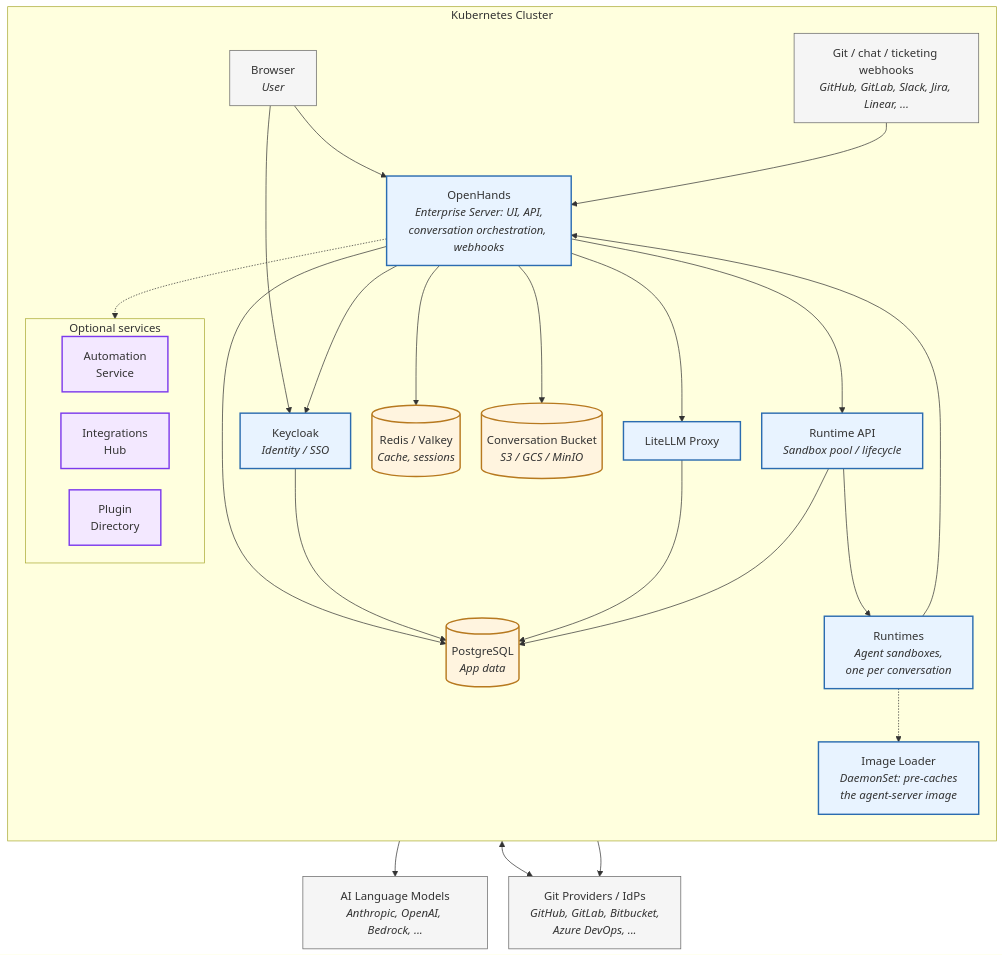
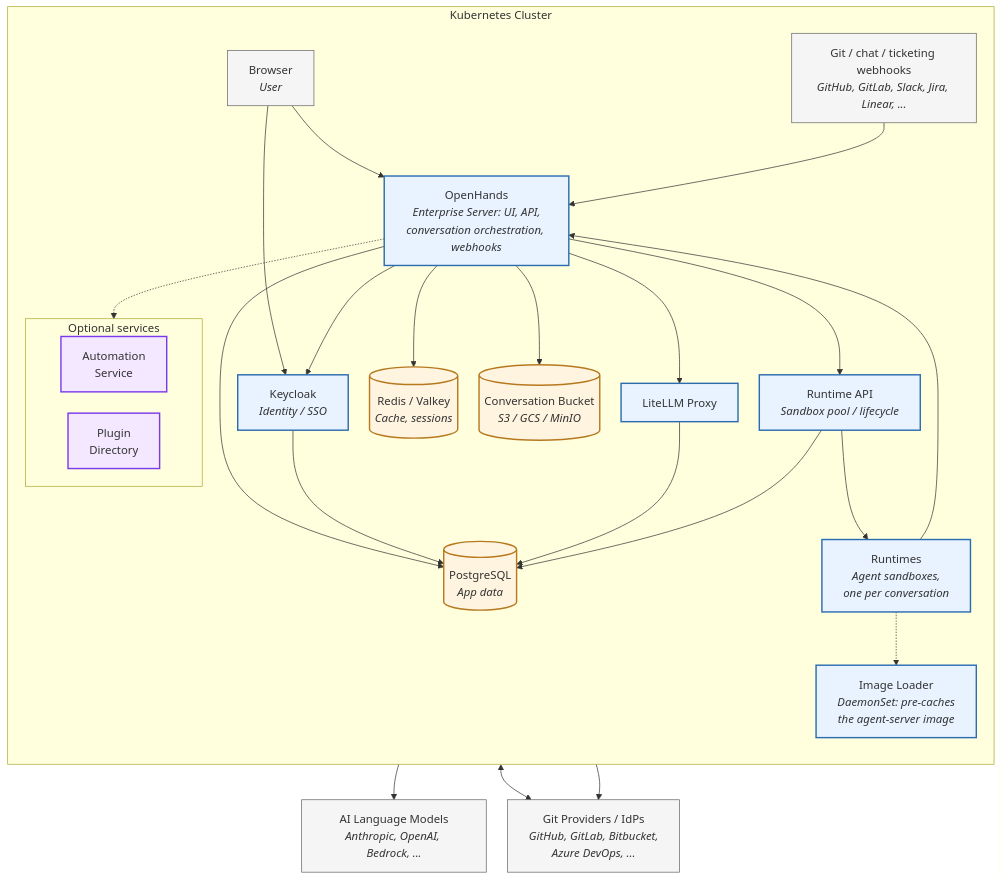
The first of 2 diagrams in enterprise/architecture.mdx (OpenHands/docs), drawn with Mermaid before and after one commit. The commit also changed other lines of this file, not shown here.

````diff
--- a/enterprise/architecture.mdx
+++ b/enterprise/architecture.mdx
@@ -30,60 +24,59 @@
 ```mermaid
 %%{init: {"theme": "default", "flowchart": {"nodeSpacing": 30, "rankSpacing": 50}} }%%
 flowchart TB
     Browser["Browser<br/><i>User</i>"]
     Webhooks["Git / chat / ticketing webhooks<br/><i>GitHub, GitLab, Slack, Jira, Linear, ...</i>"]
 
     subgraph Cluster["Kubernetes Cluster"]
         direction TB
         Keycloak["Keycloak<br/><i>Identity / SSO</i>"]
         OpenHands["OpenHands<br/><i>Enterprise Server: UI, API,<br/>conversation orchestration, webhooks</i>"]
         Postgres[("PostgreSQL<br/><i>App data</i>")]
         Redis[("Redis / Valkey<br/><i>Cache, sessions</i>")]
         LiteLLM["LiteLLM Proxy"]
         RuntimeAPI["Runtime API<br/><i>Sandbox pool / lifecycle</i>"]
         Runtimes["Runtimes<br/><i>Agent sandboxes,<br/>one per conversation</i>"]
         ImageLoader["Image Loader<br/><i>DaemonSet: pre-caches<br/>the agent-server image</i>"]
         Bucket[("Conversation Bucket<br/><i>S3 / GCS / MinIO</i>")]
 
         subgraph Optional["Optional services"]
             direction LR
             Automation["Automation<br/>Service"]
-            IntHub["Integrations<br/>Hub"]
             PluginDir["Plugin<br/>Directory"]
         end
 
         Browser --> OpenHands
         Browser --> Keycloak
         Webhooks --> OpenHands
         OpenHands --> Keycloak
         OpenHands --> RuntimeAPI
         OpenHands --> Redis
         OpenHands --> Postgres
         OpenHands --> Bucket
         OpenHands --> LiteLLM
         Keycloak --> Postgres
         LiteLLM --> Postgres
         RuntimeAPI --> Postgres
         RuntimeAPI --> Runtimes
         Runtimes -.-> ImageLoader
         Runtimes --> OpenHands
         OpenHands -.-> Optional
     end
 
     LLMs["AI Language Models<br/><i>Anthropic, OpenAI, Bedrock, ...</i>"]
     GitProviders["Git Providers / IdPs<br/><i>GitHub, GitLab, Bitbucket,<br/>Azure DevOps, ...</i>"]
 
     LiteLLM --> LLMs
     Keycloak <--> GitProviders
     Runtimes --> GitProviders
 
     classDef core fill:#e8f3ff,stroke:#2b6cb0,stroke-width:2px
     classDef data fill:#fff4df,stroke:#b7791f,stroke-width:2px
     classDef optional fill:#f3e8ff,stroke:#7c3aed,stroke-width:2px
     classDef external fill:#f5f5f5,stroke:#666,stroke-width:1px
 
     class OpenHands,Keycloak,LiteLLM,RuntimeAPI,Runtimes,ImageLoader core
     class Postgres,Redis,Bucket data
-    class Automation,IntHub,PluginDir optional
+    class Automation,PluginDir optional
     class Browser,Webhooks,LLMs,GitProviders external
 ```
````
